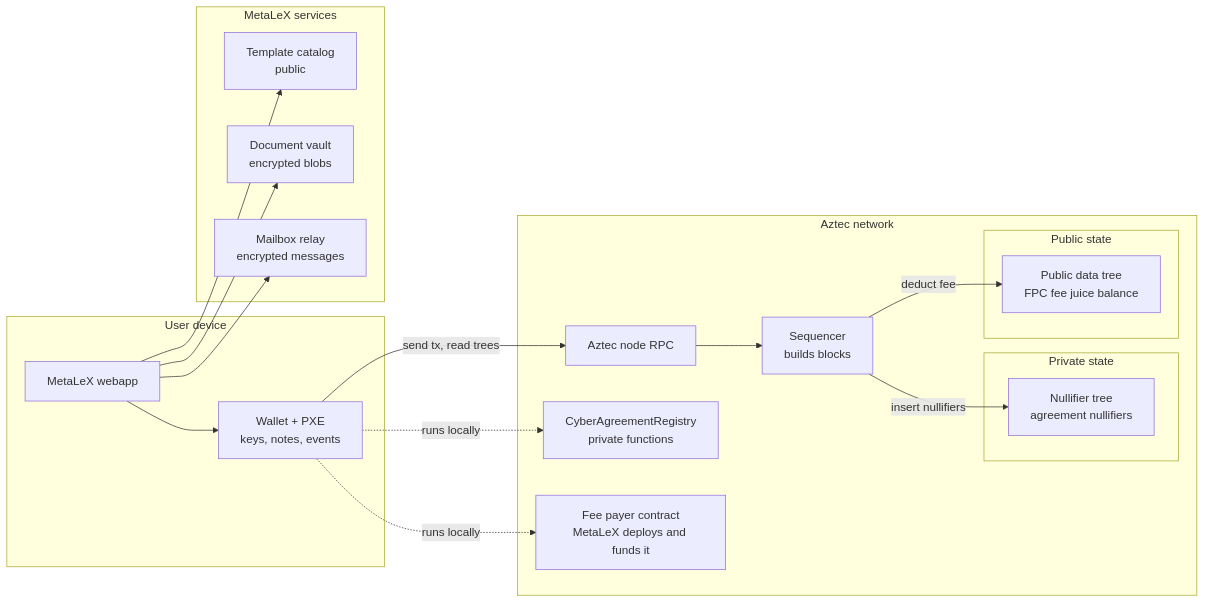
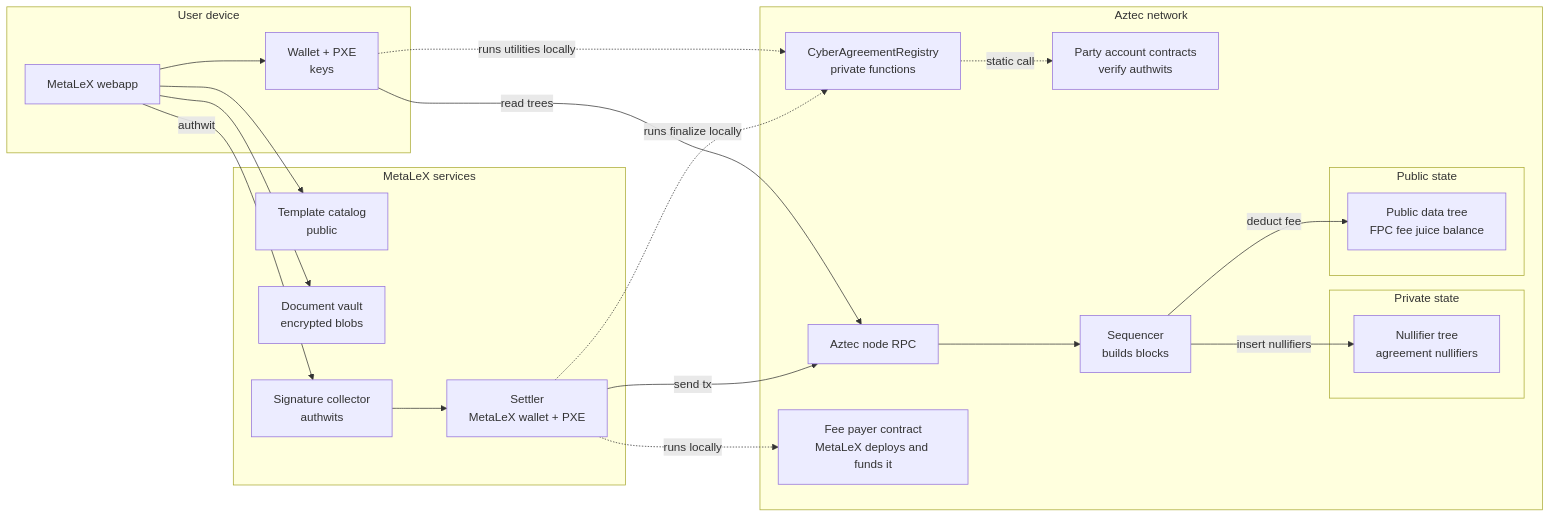
Before and after one commit to MetaLex-Tech/cybercorps-contracts: the first of 2 diagrams in aztec/ARCHITECTURE.md, drawn with Mermaid. The commit also changed other lines of this file and 9 other files, not shown here.

````diff
--- a/aztec/ARCHITECTURE.md
+++ b/aztec/ARCHITECTURE.md
@@ -20,34 +20,40 @@
 ```mermaid
 flowchart LR
     subgraph User device
         App[MetaLeX webapp]
-        PXE[Wallet + PXE<br/>keys, notes, events]
+        PXE[Wallet + PXE<br/>keys]
     end
     subgraph MetaLeX services
         Catalog[Template catalog<br/>public]
         Vault[Document vault<br/>encrypted blobs]
-        Mailbox[Mailbox relay<br/>encrypted messages]
+        Collector[Signature collector<br/>authwits]
+        Settler[Settler<br/>MetaLeX wallet + PXE]
     end
     subgraph Aztec network
         Node[Aztec node RPC]
         Registry[CyberAgreementRegistry<br/>private functions]
+        Accounts[Party account contracts<br/>verify authwits]
         FPC[Fee payer contract<br/>MetaLeX deploys and funds it]
         Sequencer[Sequencer<br/>builds blocks]
         subgraph Private state
             Trees[Nullifier tree<br/>agreement nullifiers]
         end
         subgraph Public state
             FeeJuice[Public data tree<br/>FPC fee juice balance]
         end
     end
     App --> PXE
     App --> Catalog
     App --> Vault
-    App --> Mailbox
-    PXE -. runs locally .-> Registry
-    PXE -. runs locally .-> FPC
-    PXE -->|send tx, read trees| Node
+    App -->|authwit| Collector
+    Collector --> Settler
+    PXE -. runs utilities locally .-> Registry
+    PXE -->|read trees| Node
+    Settler -. runs finalize locally .-> Registry
+    Registry -. static call .-> Accounts
+    Settler -. runs locally .-> FPC
+    Settler -->|send tx| Node
     Node --> Sequencer
     Sequencer -->|insert nullifiers| Trees
     Sequencer -->|deduct fee| FeeJuice
 ```
````
